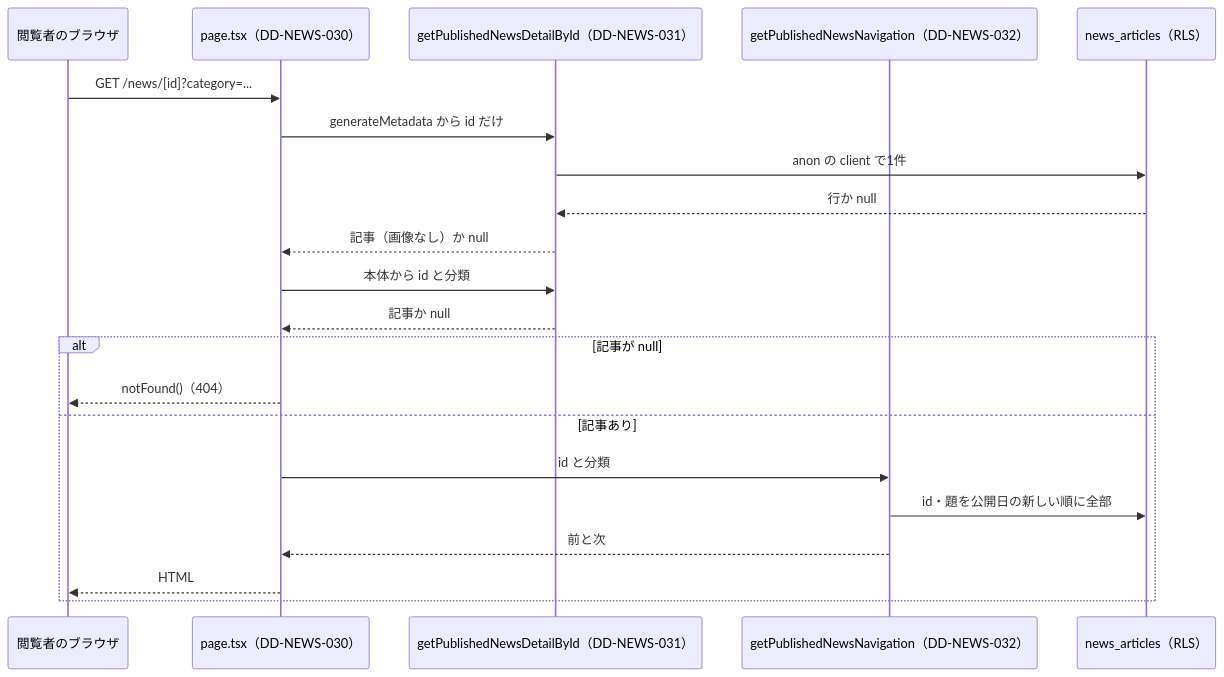
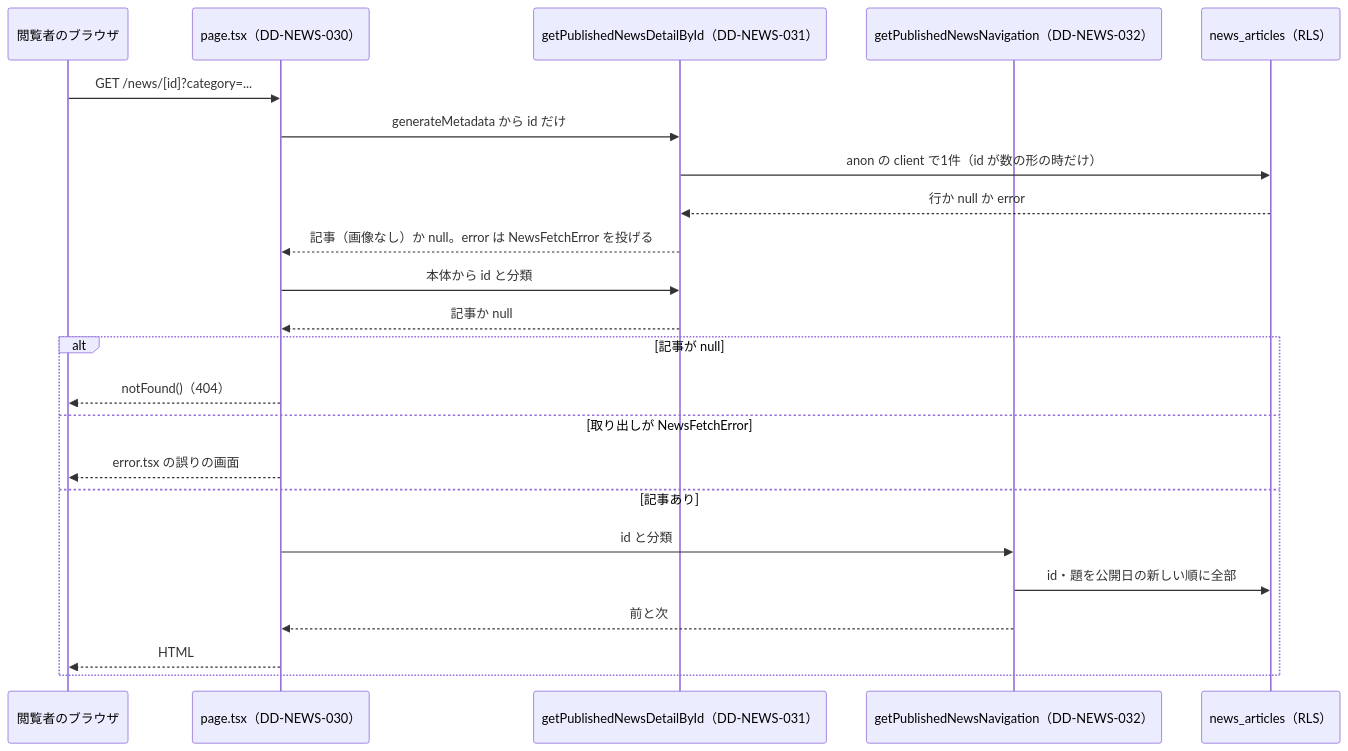
Before and after one commit to ChocoWork/o_official: the diagram in docs/04_DetailDesign/pages/03_news_detail.md, drawn with Mermaid. The commit also changed other lines of this file and 207 other files, not shown here.

````diff
--- a/docs/04_DetailDesign/pages/03_news_detail.md
+++ b/docs/04_DetailDesign/pages/03_news_detail.md
@@ -62,23 +65,25 @@
 ```mermaid
 sequenceDiagram
   participant B as 閲覧者のブラウザ
   participant P as page.tsx（DD-NEWS-030）
   participant D as getPublishedNewsDetailById（DD-NEWS-031）
   participant N as getPublishedNewsNavigation（DD-NEWS-032）
   participant DB as news_articles（RLS）
   B->>P: GET /news/[id]?category=...
   P->>D: generateMetadata から id だけ
-  D->>DB: anon の client で1件
-  DB-->>D: 行か null
-  D-->>P: 記事（画像なし）か null
+  D->>DB: anon の client で1件（id が数の形の時だけ）
+  DB-->>D: 行か null か error
+  D-->>P: 記事（画像なし）か null。error は NewsFetchError を投げる
   P->>D: 本体から id と分類
   D-->>P: 記事か null
   alt 記事が null
     P-->>B: notFound()（404）
+  else 取り出しが NewsFetchError
+    P-->>B: error.tsx の誤りの画面
   else 記事あり
     P->>N: id と分類
     N->>DB: id・題を公開日の新しい順に全部
     N-->>P: 前と次
     P-->>B: HTML
   end
 ```
````
